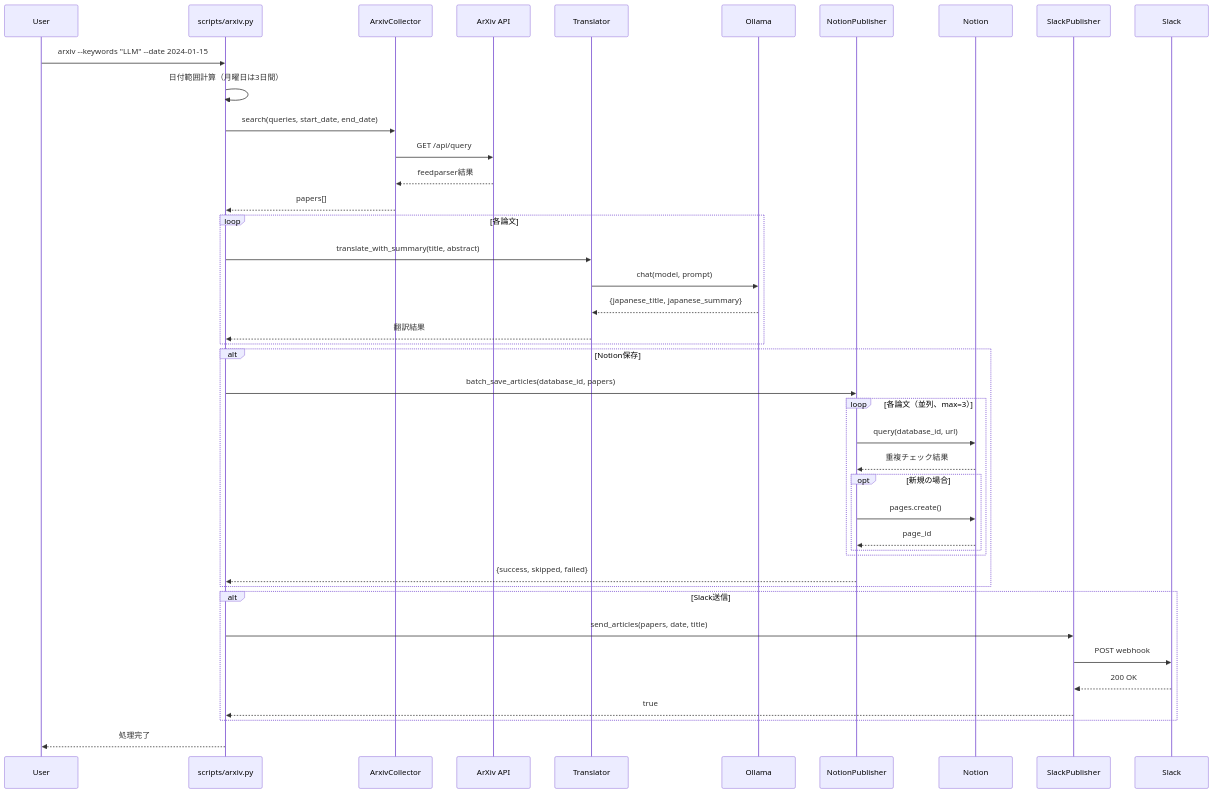
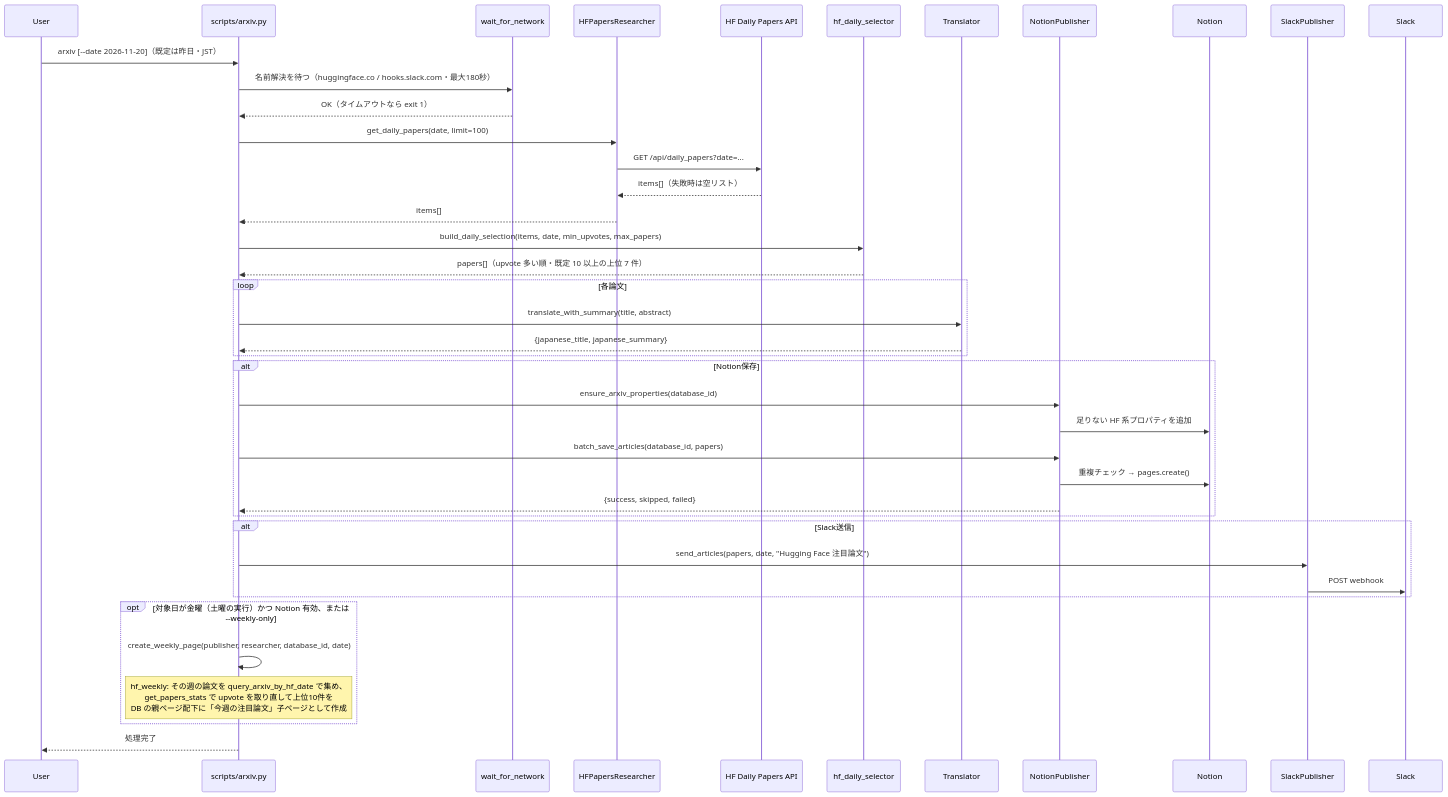
Before and after one commit to aidotters/minitools: the first of 17 diagrams in docs/core/diagrams.md, drawn with Mermaid. The commit also changed other lines of this file and 5 other files, not shown here.

````diff
--- a/docs/core/diagrams.md
+++ b/docs/core/diagrams.md
@@ -9,50 +11,51 @@
 ```mermaid
 sequenceDiagram
     participant User
     participant CLI as scripts/arxiv.py
-    participant AC as ArxivCollector
-    participant ArXiv as ArXiv API
+    participant NET as wait_for_network
+    participant HFR as HFPapersResearcher
+    participant HF as HF Daily Papers API
+    participant SEL as hf_daily_selector
     participant TR as Translator
-    participant Ollama
     participant NP as NotionPublisher
     participant Notion
     participant SP as SlackPublisher
     participant Slack
 
-    User->>CLI: arxiv --keywords "LLM" --date 2024-01-15
-    CLI->>CLI: 日付範囲計算（月曜日は3日間）
+    User->>CLI: arxiv [--date 2026-11-20]（既定は昨日・JST）
+    CLI->>NET: 名前解決を待つ（huggingface.co / hooks.slack.com・最大180秒）
+    NET-->>CLI: OK（タイムアウトなら exit 1）
 
-    CLI->>AC: search(queries, start_date, end_date)
-    AC->>ArXiv: GET /api/query
-    ArXiv-->>AC: feedparser結果
-    AC-->>CLI: papers[]
+    CLI->>HFR: get_daily_papers(date, limit=100)
+    HFR->>HF: GET /api/daily_papers?date=...
+    HF-->>HFR: items[]（失敗時は空リスト）
+    HFR-->>CLI: items[]
+
+    CLI->>SEL: build_daily_selection(items, date, min_upvotes, max_papers)
+    SEL-->>CLI: papers[]（upvote 多い順・既定 10 以上の上位 7 件）
 
     loop 各論文
         CLI->>TR: translate_with_summary(title, abstract)
-        TR->>Ollama: chat(model, prompt)
-        Ollama-->>TR: {japanese_title, japanese_summary}
-        TR-->>CLI: 翻訳結果
+        TR-->>CLI: {japanese_title, japanese_summary}
     end
 
     alt Notion保存
+        CLI->>NP: ensure_arxiv_properties(database_id)
+        NP->>Notion: 足りない HF 系プロパティを追加
         CLI->>NP: batch_save_articles(database_id, papers)
-        loop 各論文（並列、max=3）
-            NP->>Notion: query(database_id, url)
-            Notion-->>NP: 重複チェック結果
-            opt 新規の場合
-                NP->>Notion: pages.create()
-                Notion-->>NP: page_id
-            end
-        end
+        NP->>Notion: 重複チェック → pages.create()
         NP-->>CLI: {success, skipped, failed}
     end
 
     alt Slack送信
-        CLI->>SP: send_articles(papers, date, title)
+        CLI->>SP: send_articles(papers, date, "Hugging Face 注目論文")
         SP->>Slack: POST webhook
-        Slack-->>SP: 200 OK
-        SP-->>CLI: true
+    end
+
+    opt 対象日が金曜（土曜の実行）かつ Notion 有効、または --weekly-only
+        CLI->>CLI: create_weekly_page(publisher, researcher, database_id, date)
+        Note over CLI: hf_weekly: その週の論文を query_arxiv_by_hf_date で集め、<br/>get_papers_stats で upvote を取り直して上位10件を<br/>DB の親ページ配下に「今週の注目論文」子ページとして作成
     end
 
     CLI-->>User: 処理完了
 ```
````
